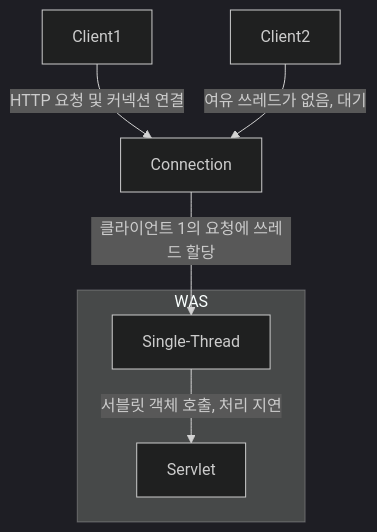
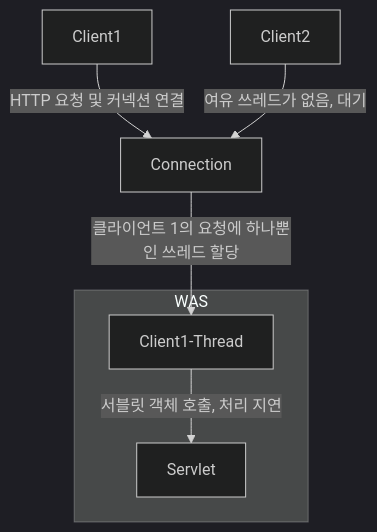
Before and after one commit to choiexe1/blog: the second of 3 diagrams in content/Resources/프로그래밍/Java/3. Spring/2. MVC 1편/웹 서버와 웹 어플리케이션 서버.md, drawn with Mermaid (dark theme). The commit also changed other lines of this file, not shown here.

````diff
--- a/content/Resources/프로그래밍/Java/3. Spring/2. MVC 1편/웹 서버와 웹 어플리케이션 서버.md
+++ b/content/Resources/프로그래밍/Java/3. Spring/2. MVC 1편/웹 서버와 웹 어플리케이션 서버.md
@@ -130,14 +130,14 @@
 ```mermaid
 graph TB
 subgraph WAS
 Servlet
-Single-Thread
+Client1-Thread
 end
 
 Connection
-Client1 -->|HTTP 요청 및 커넥션 연결| Connection --> |클라이언트 1의 요청에 쓰레드 할당| Single-Thread --> |서블릿 객체 호출, 처리 지연| Servlet
+Client1 -->|HTTP 요청 및 커넥션 연결| Connection --> |클라이언트 1의 요청에 하나뿐인 쓰레드 할당| Client1-Thread --> |서블릿 객체 호출, 처리 지연| Servlet
 
 Client2 -->|여유 쓰레드가 없음, 대기| Connection
 
 
 ```
````
